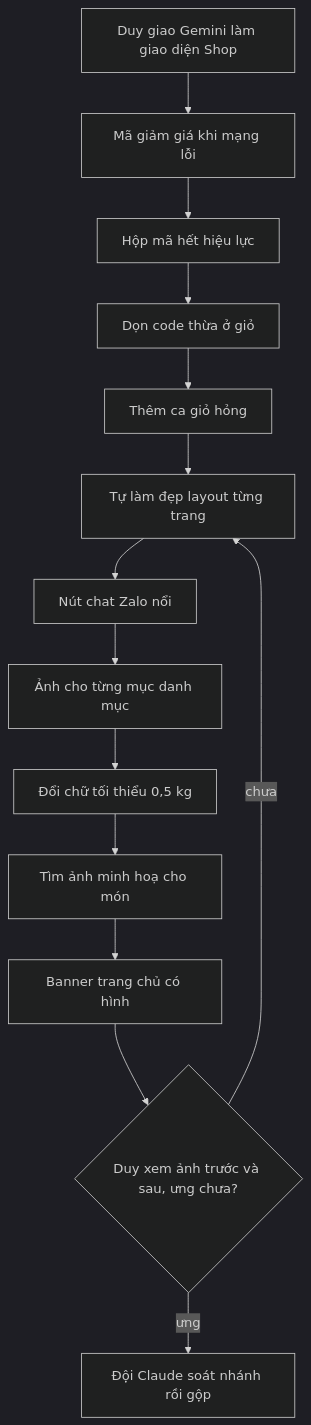
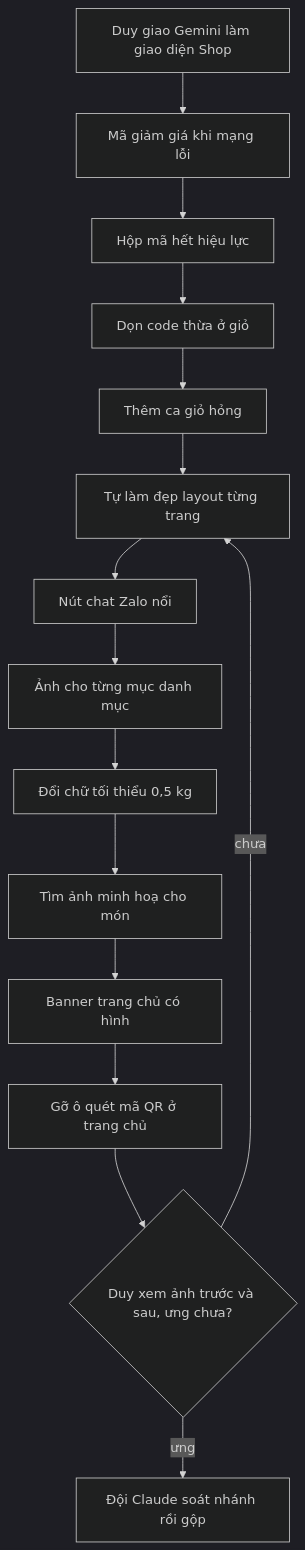
The diagram in doc/features/2026-11-11-shop-ui-gemini/02c-giao-viec.md (DuyduyFedev46/fish), drawn with Mermaid (dark theme) before and after one commit. The commit also changed other lines of this file, not shown here.

Commit message:
doc: giao Gemini GUI-11 gỡ ô quét mã QR ở trang chủ (Duy 14/11)

````diff
--- a/doc/features/2026-11-11-shop-ui-gemini/02c-giao-viec.md
+++ b/doc/features/2026-11-11-shop-ui-gemini/02c-giao-viec.md
@@ -3,16 +3,17 @@
 ```mermaid
 flowchart TD
   A["Duy giao Gemini làm giao diện Shop"] --> V1["Mã giảm giá khi mạng lỗi"]
   V1 --> V2["Hộp mã hết hiệu lực"]
   V2 --> V3["Dọn code thừa ở giỏ"]
   V3 --> V4["Thêm ca giỏ hỏng"]
   V4 --> V5["Tự làm đẹp layout từng trang"]
   V5 --> V6["Nút chat Zalo nổi"]
   V6 --> V7["Ảnh cho từng mục danh mục"]
   V7 --> V8["Đổi chữ tối thiểu 0,5 kg"]
   V8 --> V9["Tìm ảnh minh hoạ cho món"]
   V9 --> V10["Banner trang chủ có hình"]
-  V10 --> D{"Duy xem ảnh trước và sau, ưng chưa?"}
+  V10 --> V11["Gỡ ô quét mã QR ở trang chủ"]
+  V11 --> D{"Duy xem ảnh trước và sau, ưng chưa?"}
   D -- "chưa" --> V5
   D -- "ưng" --> R["Đội Claude soát nhánh rồi gộp"]
 ```
````
